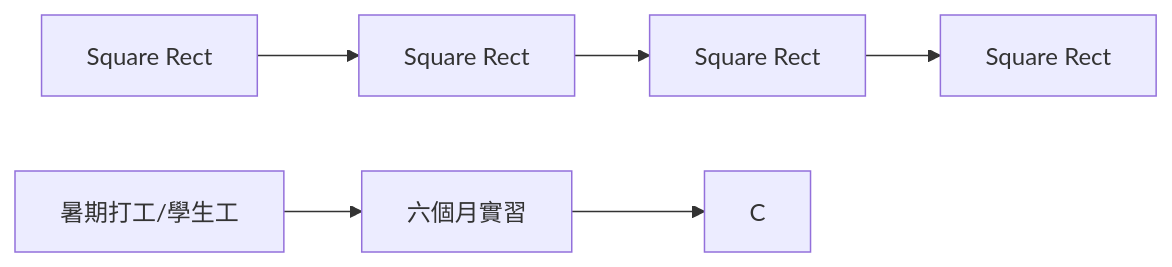
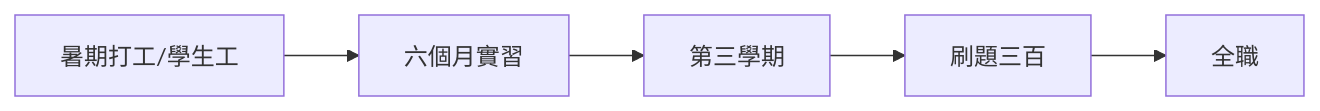
One commit to kuangyu0801/kuangyu0801.github.io changed the diagram in README.md. Above: the diagram before and after it, drawn with Mermaid. The commit also changed other lines of this file, not shown here.

Commit message:
README.md updated from https://stackedit.io/

````diff
--- a/README.md
+++ b/README.md
@@ -55,6 +55,7 @@
 ```mermaid
 graph LR
-暑期打工/學生工[Square Rect]--> 半年實習[Square Rect] --> 畢業[Square Rect] --> 全職[Square Rect]
 A[暑期打工/學生工] --> B[六個月實習]
-B --> C
+B --> E[第三學期]
+ --> C[刷題三百]
+C --> D[全職]
 ```
````
